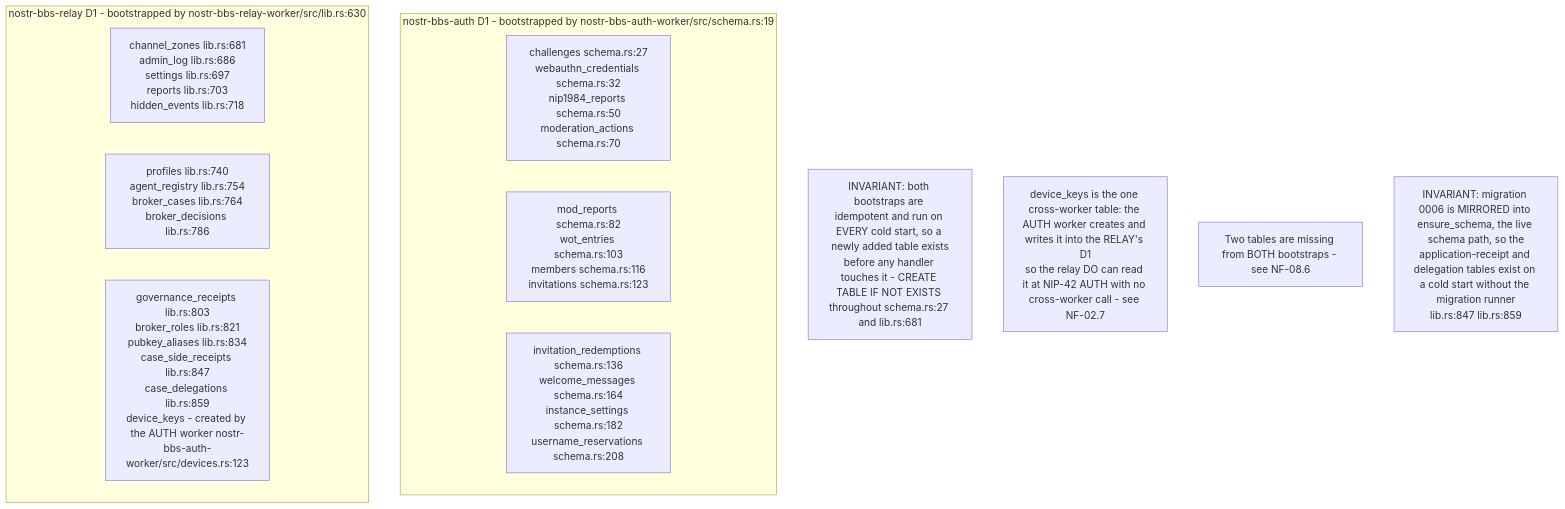
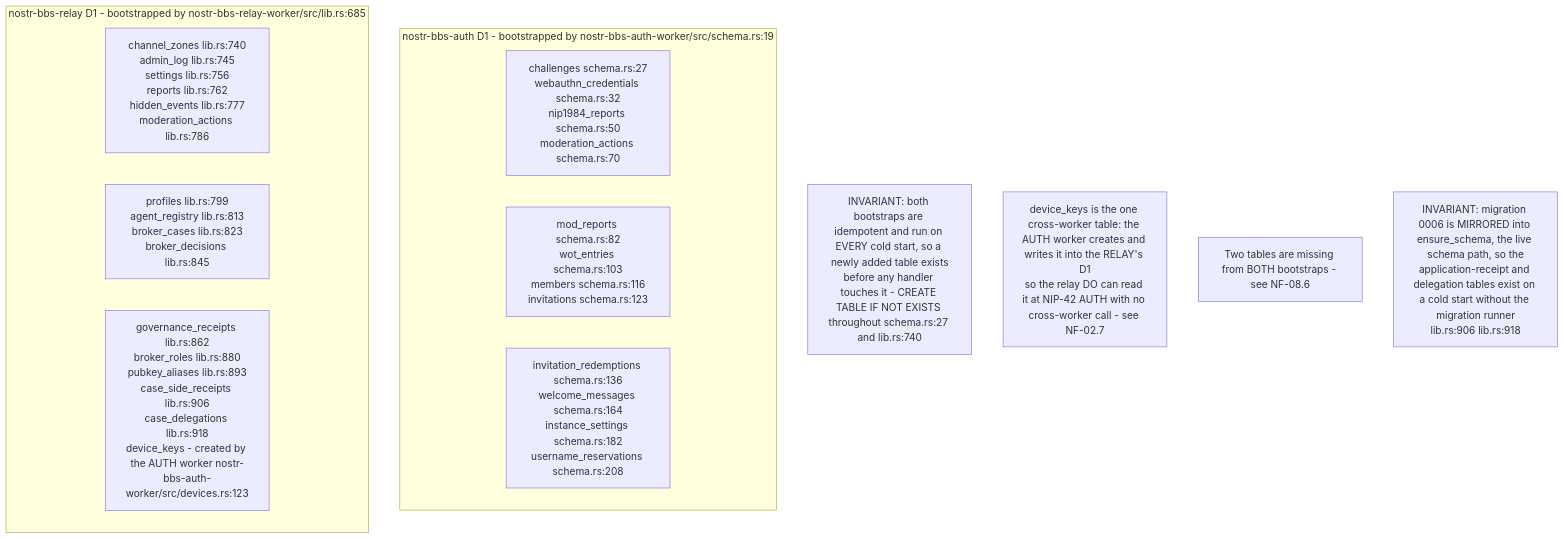
Before and after one commit to DreamLab-AI/VisionFlow: the fifth of 9 diagrams in docs/diagrams/nostr-rust-forum/08-config-zones-stores-and-admin-authority.md, drawn with Mermaid. The commit also changed other lines of this file and 136 other files, not shown here.

First line of the commit message:
docs(diagrams): refresh the whole corpus to code HEAD and prune low-value diagrams

````diff
--- a/docs/diagrams/nostr-rust-forum/08-config-zones-stores-and-admin-authority.md
+++ b/docs/diagrams/nostr-rust-forum/08-config-zones-stores-and-admin-authority.md
@@ -154,18 +163,18 @@
 ```mermaid
 flowchart TB
     subgraph authd1["nostr-bbs-auth D1 - bootstrapped by nostr-bbs-auth-worker/src/schema.rs:19"]
         A1["challenges schema.rs:27<br/>webauthn_credentials schema.rs:32<br/>nip1984_reports schema.rs:50<br/>moderation_actions schema.rs:70"]
         A2["mod_reports schema.rs:82<br/>wot_entries schema.rs:103<br/>members schema.rs:116<br/>invitations schema.rs:123"]
         A3["invitation_redemptions schema.rs:136<br/>welcome_messages schema.rs:164<br/>instance_settings schema.rs:182<br/>username_reservations schema.rs:208"]
     end
-    subgraph relayd1["nostr-bbs-relay D1 - bootstrapped by nostr-bbs-relay-worker/src/lib.rs:630"]
-        R1["channel_zones lib.rs:681<br/>admin_log lib.rs:686<br/>settings lib.rs:697<br/>reports lib.rs:703<br/>hidden_events lib.rs:718"]
-        R2["profiles lib.rs:740<br/>agent_registry lib.rs:754<br/>broker_cases lib.rs:764<br/>broker_decisions lib.rs:786"]
-        R3["governance_receipts lib.rs:803<br/>broker_roles lib.rs:821<br/>pubkey_aliases lib.rs:834<br/>case_side_receipts lib.rs:847<br/>case_delegations lib.rs:859<br/>device_keys - created by the AUTH worker nostr-bbs-auth-worker/src/devices.rs:123"]
+    subgraph relayd1["nostr-bbs-relay D1 - bootstrapped by nostr-bbs-relay-worker/src/lib.rs:685"]
+        R1["channel_zones lib.rs:740<br/>admin_log lib.rs:745<br/>settings lib.rs:756<br/>reports lib.rs:762<br/>hidden_events lib.rs:777<br/>moderation_actions lib.rs:786"]
+        R2["profiles lib.rs:799<br/>agent_registry lib.rs:813<br/>broker_cases lib.rs:823<br/>broker_decisions lib.rs:845"]
+        R3["governance_receipts lib.rs:862<br/>broker_roles lib.rs:880<br/>pubkey_aliases lib.rs:893<br/>case_side_receipts lib.rs:906<br/>case_delegations lib.rs:918<br/>device_keys - created by the AUTH worker nostr-bbs-auth-worker/src/devices.rs:123"]
     end
 
-    N1["INVARIANT: both bootstraps are idempotent and run on EVERY cold start, so a newly added table exists<br/>before any handler touches it - CREATE TABLE IF NOT EXISTS throughout schema.rs:27 and lib.rs:681"]
+    N1["INVARIANT: both bootstraps are idempotent and run on EVERY cold start, so a newly added table exists<br/>before any handler touches it - CREATE TABLE IF NOT EXISTS throughout schema.rs:27 and lib.rs:740"]
     N2["device_keys is the one cross-worker table: the AUTH worker creates and writes it into the RELAY's D1<br/>so the relay DO can read it at NIP-42 AUTH with no cross-worker call - see NF-02.7"]
     N3["Two tables are missing from BOTH bootstraps - see NF-08.6"]
-    N4["INVARIANT: migration 0006 is MIRRORED into ensure_schema, the live schema path, so the<br/>application-receipt and delegation tables exist on a cold start without the migration runner<br/>lib.rs:847 lib.rs:859"]
+    N4["INVARIANT: migration 0006 is MIRRORED into ensure_schema, the live schema path, so the<br/>application-receipt and delegation tables exist on a cold start without the migration runner<br/>lib.rs:906 lib.rs:918"]
 ```
````
